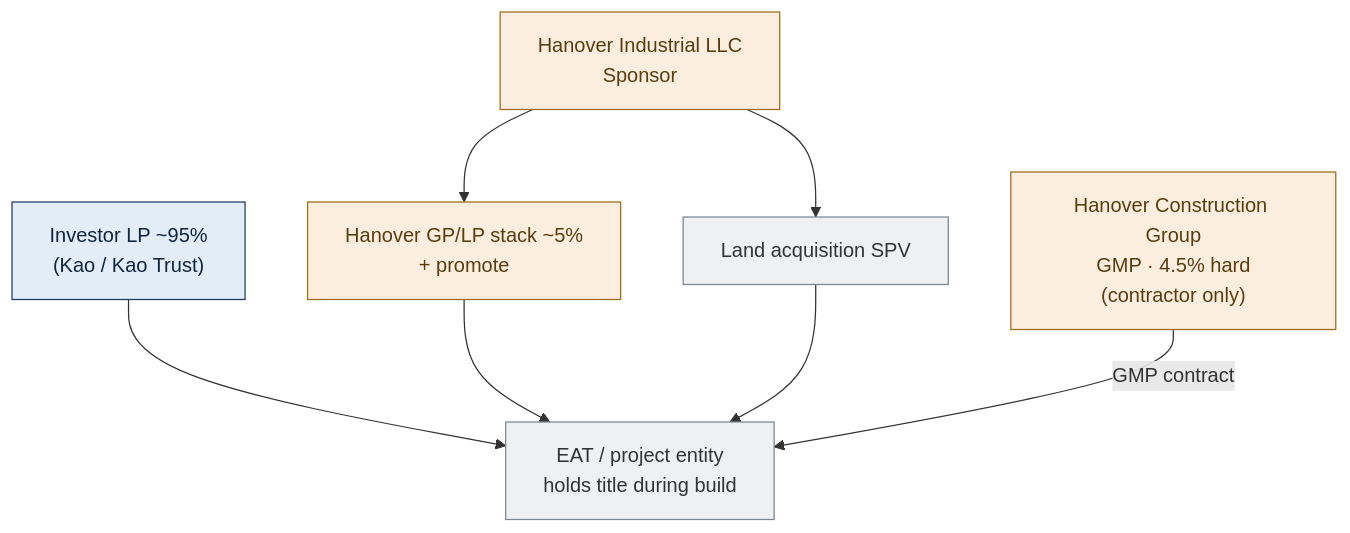
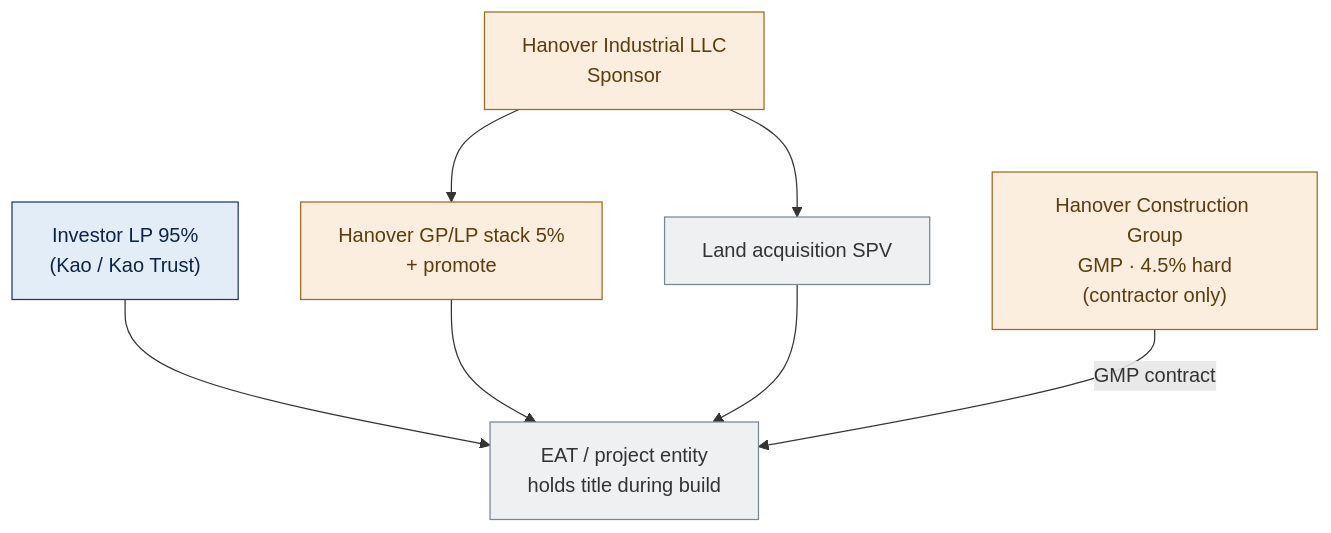
Before and after one commit to EthanCow/North-Forsyth-1031-Diagrams: the third of 6 diagrams in North_Forsyth_1031_Diagrams.md, drawn with Mermaid. The commit also changed other lines of this file and 2 other files, not shown here.

````diff
--- a/North_Forsyth_1031_Diagrams.md
+++ b/North_Forsyth_1031_Diagrams.md
@@ -98,18 +98,18 @@
 ```mermaid
 flowchart TB
   HIND["Hanover Industrial LLC\nSponsor"]:::han
   LAND["Land acquisition SPV"]:::neutral
-  INV["Investor LP ~95%\n(Kao / Kao Trust)"]:::kao
-  HAN5["Hanover GP/LP stack ~5%\n+ promote"]:::han
+  INV["Investor LP 95%\n(Kao / Kao Trust)"]:::kao
+  HAN5["Hanover GP/LP stack 5%\n+ promote"]:::han
   GC["Hanover Construction Group\nGMP · 4.5% hard\n(contractor only)"]:::han
   EATN["EAT / project entity\nholds title during build"]:::neutral
   HIND --> LAND
   HIND --> HAN5
   INV --> EATN
   HAN5 --> EATN
   LAND --> EATN
   GC -->|"GMP contract"| EATN
   classDef kao fill:#e3edf7,stroke:#1f3a5f,color:#0f2440;
   classDef han fill:#fbeede,stroke:#9c6b1e,color:#5a3d0e;
   classDef neutral fill:#eef0f2,stroke:#7a8696,color:#333;
 ```
````
